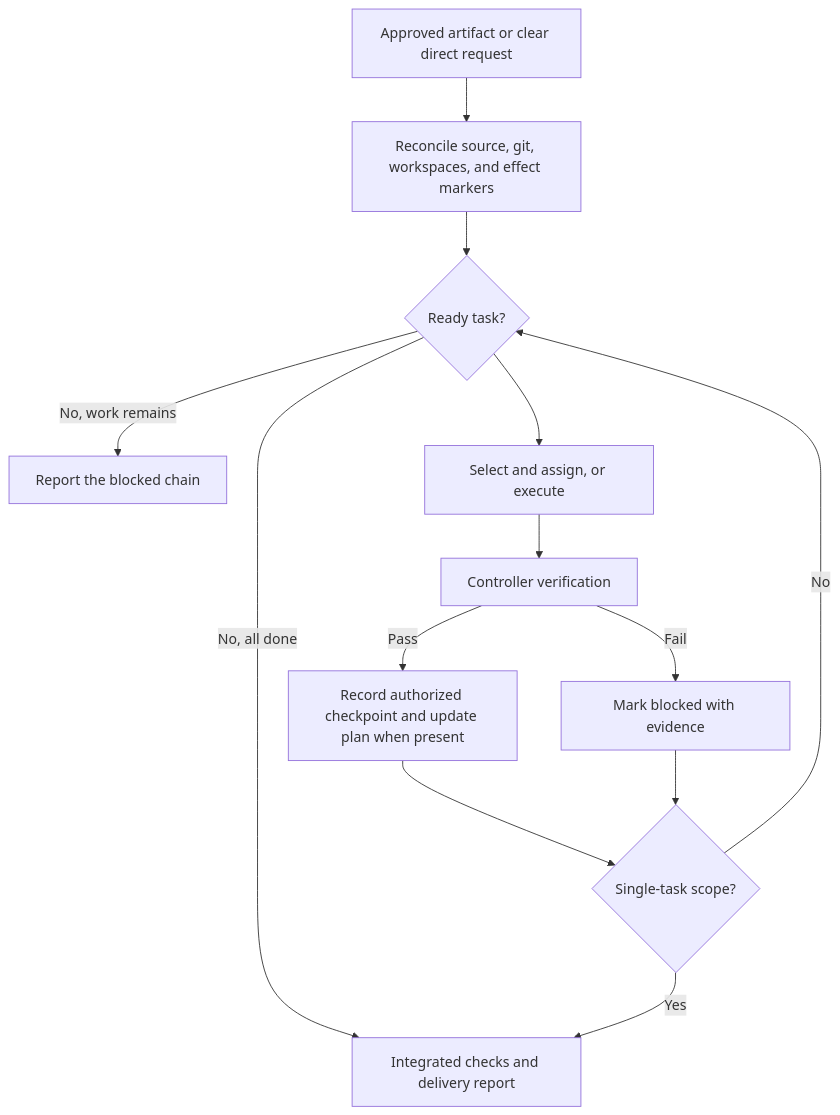
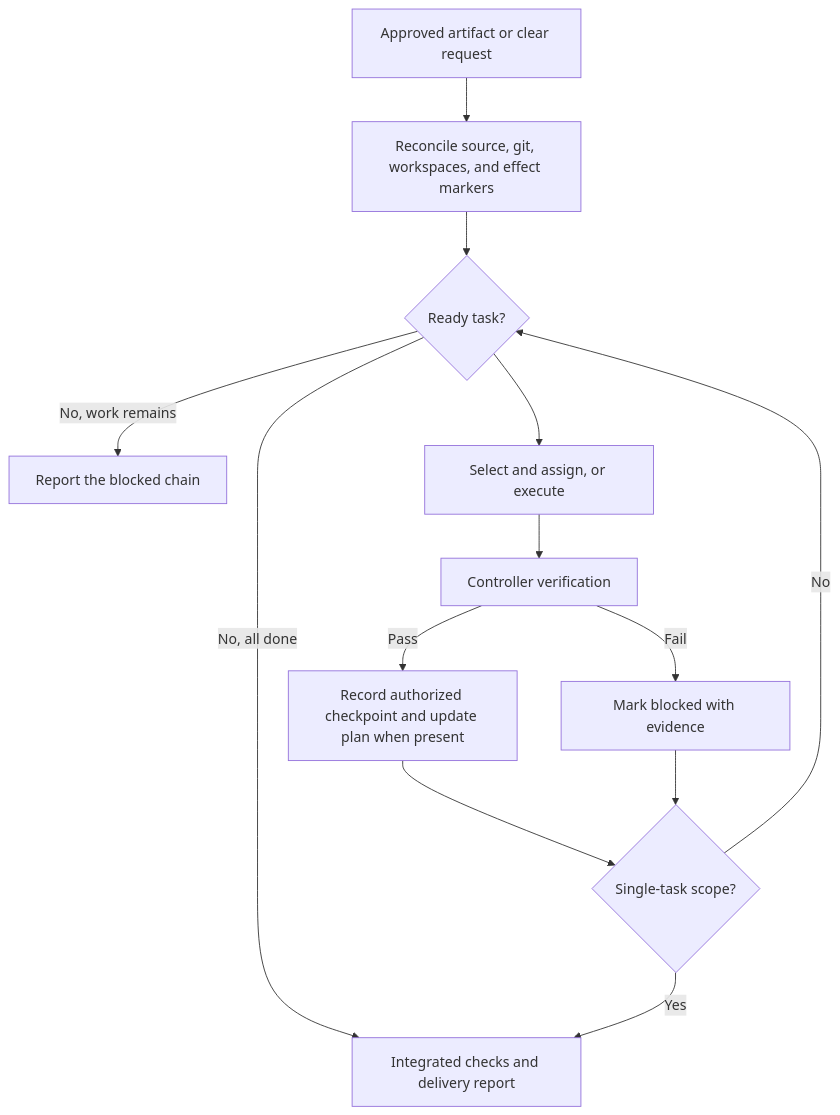
The diagram in skills/start-implementation/README.md (carlosboeing/agentic-toolkit), drawn with Mermaid before and after one commit. The commit also changed other lines of this file and 11 other files, not shown here.

````diff
--- a/skills/start-implementation/README.md
+++ b/skills/start-implementation/README.md
@@ -13,15 +13,15 @@
 ```mermaid
 flowchart TB
-    Source["Approved artifact or clear direct request"] --> Reconcile["Reconcile source, git, workspaces, and effect markers"]
+    Source["Approved artifact or clear request"] --> Reconcile["Reconcile source, git, workspaces, and effect markers"]
     Reconcile --> Ready{"Ready task?"}
     Ready -->|"No, work remains"| Blocked["Report the blocked chain"]
     Ready -->|"No, all done"| Report["Integrated checks and delivery report"]
     Ready --> Yes["Select and assign, or execute"]
     Yes --> Verify["Controller verification"]
     Verify -->|"Pass"| Progress["Record authorized checkpoint and update plan when present"]
     Verify -->|"Fail"| Block["Mark blocked with evidence"]
     Progress --> Scope{"Single-task scope?"}
     Block --> Scope
     Scope -->|"Yes"| Report
     Scope -->|"No"| Ready
 ```
````
